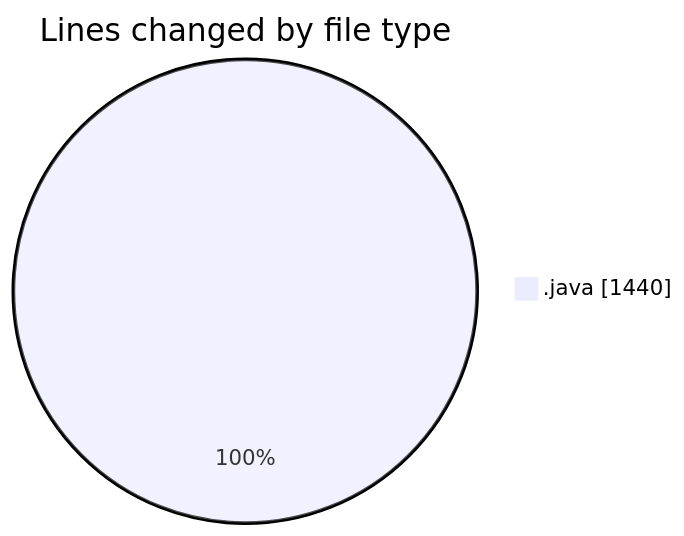
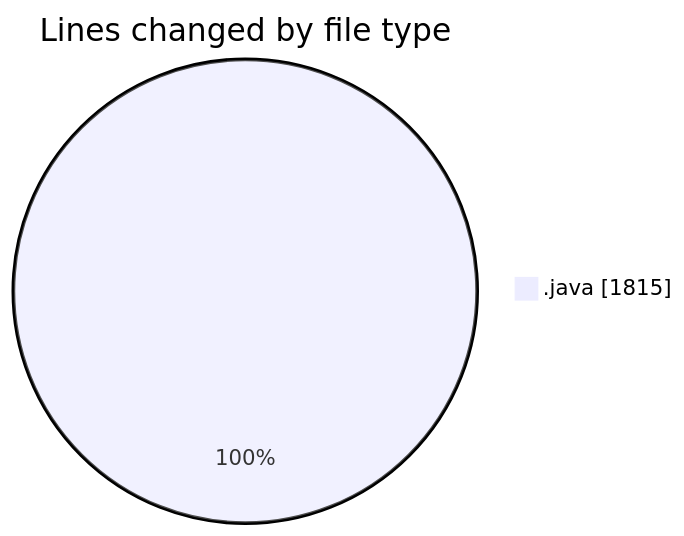
Before and after one commit to ricardozamudiocil/code-tracking: the first of 2 diagrams in 2026-04-23/cilapp/README.md, drawn with Mermaid. The commit also changed other lines of this file and 1 other file, not shown here.

````diff
--- a/2026-04-23/cilapp/README.md
+++ b/2026-04-23/cilapp/README.md
@@ -25,5 +29,5 @@
 ```mermaid
 pie showData
 title Lines changed by file type
-".java" : 1440
+".java" : 1815
 ```
````
